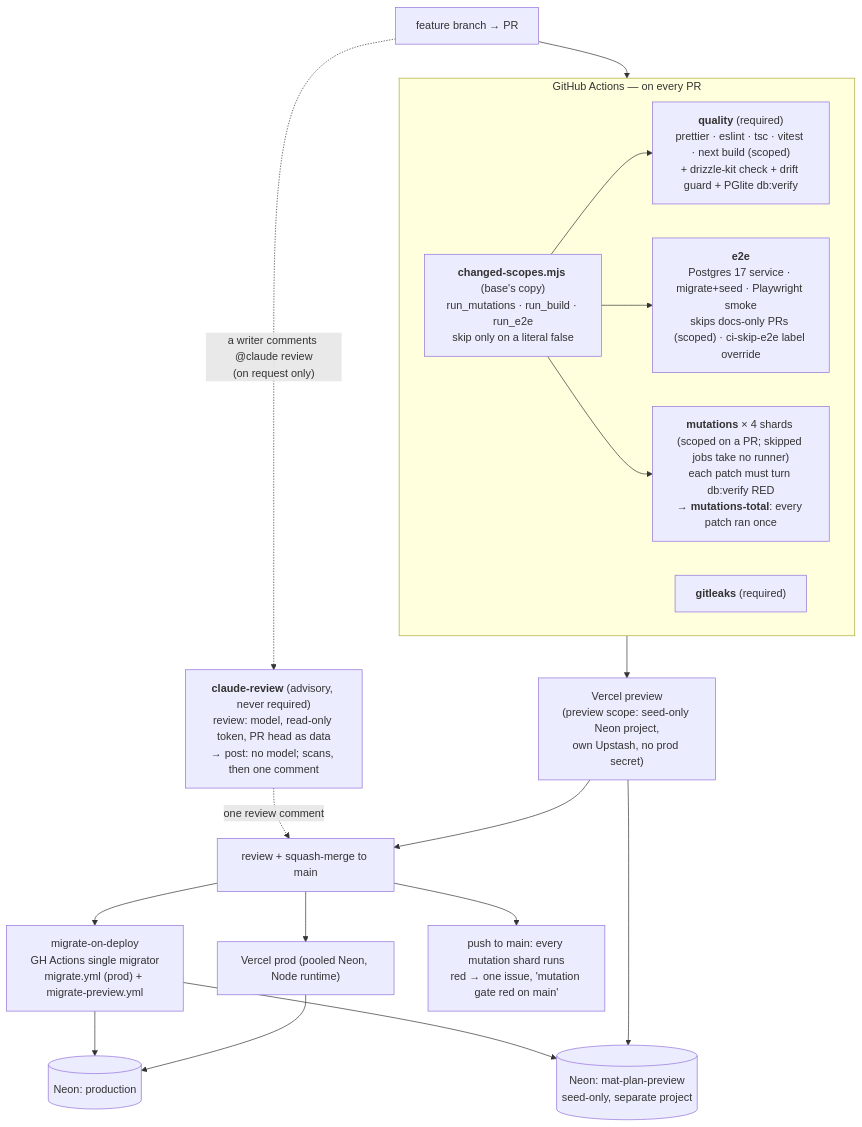
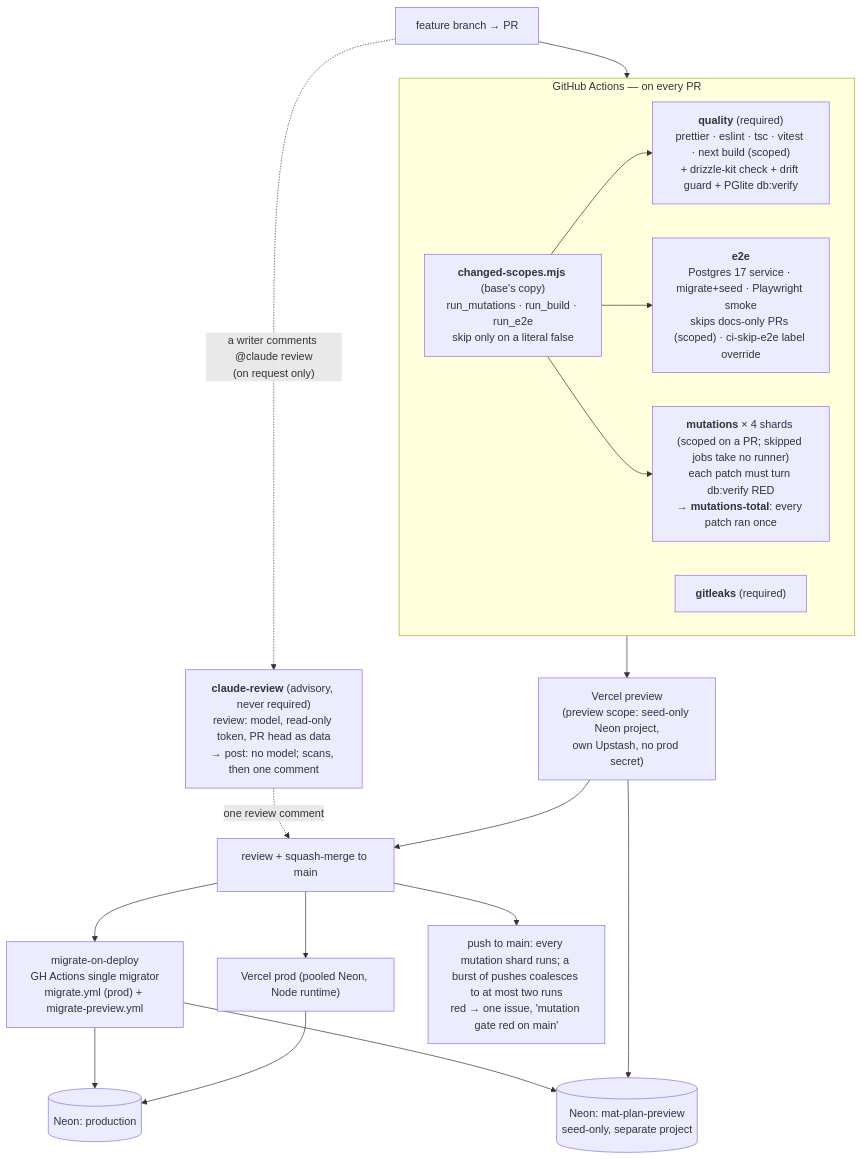
One commit to ralamode/mat-plan changed diagram 17 of 21 in docs/architecture.md. Above: the diagram before and after it, drawn with Mermaid. The commit also changed 7 other files, not shown here.

First line of the commit message:
ci(dx-18): a burst of merges to main costs at most two ci runs (#735)

````diff
--- a/docs/architecture.md
+++ b/docs/architecture.md
@@ -856,25 +856,25 @@
 ```mermaid
 flowchart TB
   DEV["feature branch → PR"] --> CI
   subgraph CI["GitHub Actions — on every PR"]
     S["<b>changed-scopes.mjs</b> (base's copy)<br/>run_mutations · run_build · run_e2e<br/>skip only on a literal false"]
     Q["<b>quality</b> (required)<br/>prettier · eslint · tsc · vitest · next build (scoped)<br/>+ drizzle-kit check + drift guard + PGlite db:verify"]
     E["<b>e2e</b><br/>Postgres 17 service · migrate+seed · Playwright smoke<br/>skips docs-only PRs (scoped) · ci-skip-e2e label override"]
     M["<b>mutations</b> × 4 shards (scoped on a PR; skipped jobs take no runner)<br/>each patch must turn db:verify RED<br/>→ <b>mutations-total</b>: every patch ran once"]
     S --> Q
     S --> E
     S --> M
     G["<b>gitleaks</b> (required)"]
   end
   CI --> PREV["Vercel preview<br/>(preview scope: seed-only Neon project,<br/>own Upstash, no prod secret)"]
   DEV -. "a writer comments @claude review<br/>(on request only)" .-> CR["<b>claude-review</b> (advisory, never required)<br/>review: model, read-only token, PR head as data<br/>→ post: no model; scans, then one comment"]
   CR -. "one review comment" .-> REV
   PREV --> REV["review + squash-merge to main"]
   REV --> MIG["migrate-on-deploy<br/>GH Actions single migrator<br/>migrate.yml (prod) + migrate-preview.yml"]
   REV --> PROD["Vercel prod (pooled Neon, Node runtime)"]
-  REV --> MAIN["push to main: every mutation shard runs<br/>red → one issue, 'mutation gate red on main'"]
+  REV --> MAIN["push to main: every mutation shard runs; a burst of pushes coalesces to at most two runs<br/>red → one issue, 'mutation gate red on main'"]
   MIG --> NEON[("Neon: production")]
   MIG --> NEONP[("Neon: mat-plan-preview<br/>seed-only, separate project")]
   PROD --> NEON
   PREV --> NEONP
 ```
````
